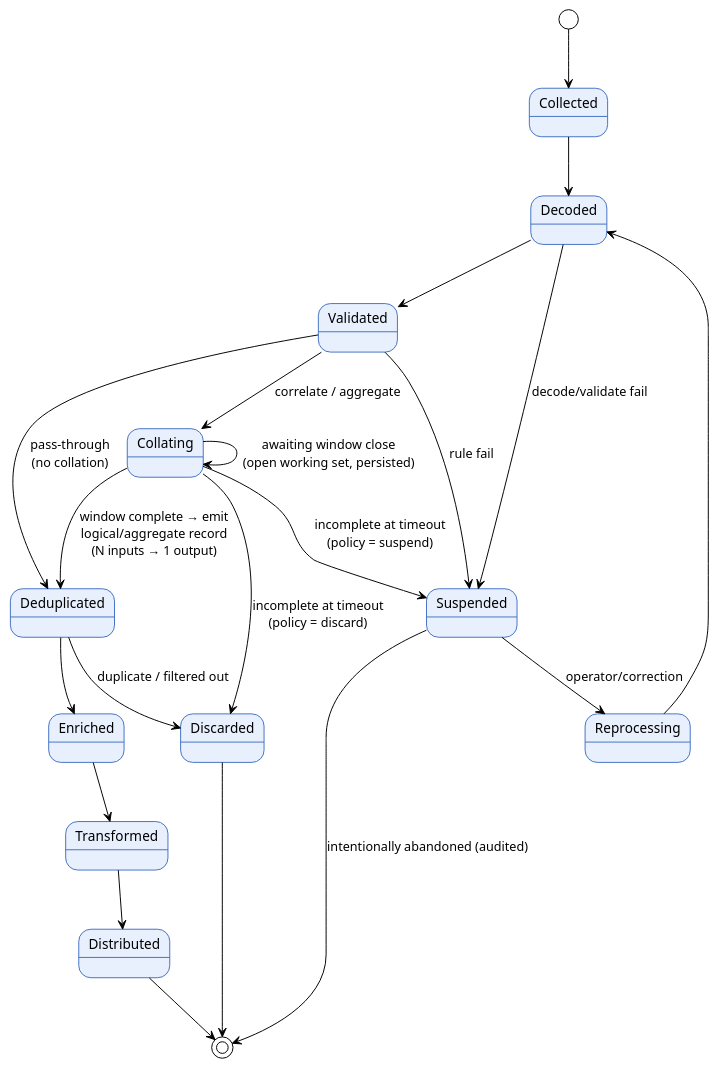
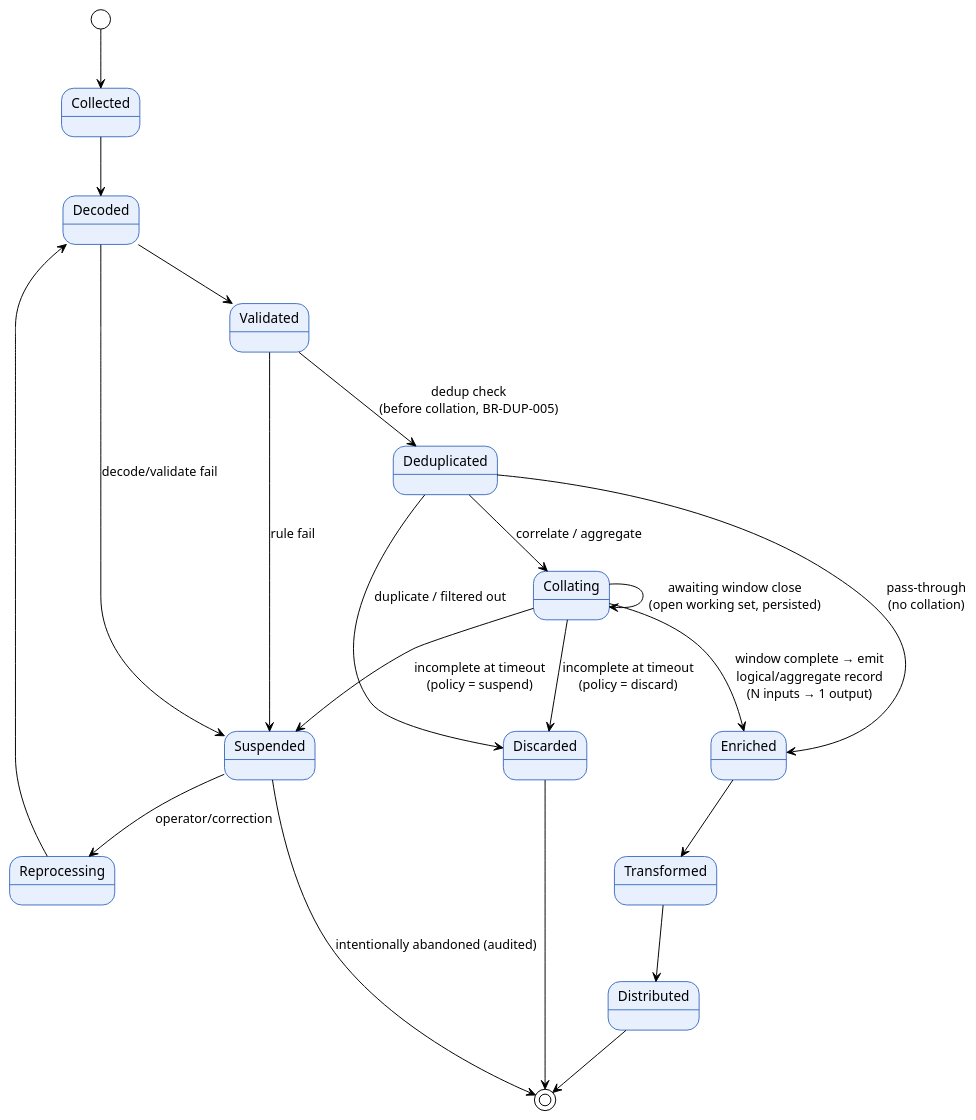
The second of 4 diagrams in docs/brs/05-business-process.md (pgvanniekerk/baasparse), drawn with PlantUML before and after one commit. The commit also changed other lines of this file and 11 other files, not shown here.

````diff
--- a/docs/brs/05-business-process.md
+++ b/docs/brs/05-business-process.md
@@ -68,29 +69,29 @@
 ```plantuml
 @startuml record-states
 !theme plain
 skinparam state {
   BackgroundColor #E8F0FE
   BorderColor #4472C4
 }
 [*] --> Collected
 Collected --> Decoded
 Decoded --> Suspended : decode/validate fail
 Decoded --> Validated
 Validated --> Suspended : rule fail
-Validated --> Collating : correlate / aggregate
-Validated --> Deduplicated : pass-through\n(no collation)
+Validated --> Deduplicated : dedup check\n(before collation, BR-DUP-005)
+Deduplicated --> Discarded : duplicate / filtered out
+Deduplicated --> Collating : correlate / aggregate
+Deduplicated --> Enriched : pass-through\n(no collation)
 Collating --> Collating : awaiting window close\n(open working set, persisted)
-Collating --> Deduplicated : window complete → emit\nlogical/aggregate record\n(N inputs → 1 output)
+Collating --> Enriched : window complete → emit\nlogical/aggregate record\n(N inputs → 1 output)
 Collating --> Suspended : incomplete at timeout\n(policy = suspend)
 Collating --> Discarded : incomplete at timeout\n(policy = discard)
-Deduplicated --> Discarded : duplicate / filtered out
-Deduplicated --> Enriched
 Enriched --> Transformed
 Transformed --> Distributed
 Distributed --> [*]
 Discarded --> [*]
 Suspended --> Reprocessing : operator/correction
 Reprocessing --> Decoded
 Suspended --> [*] : intentionally abandoned (audited)
 @enduml
 ```
````
